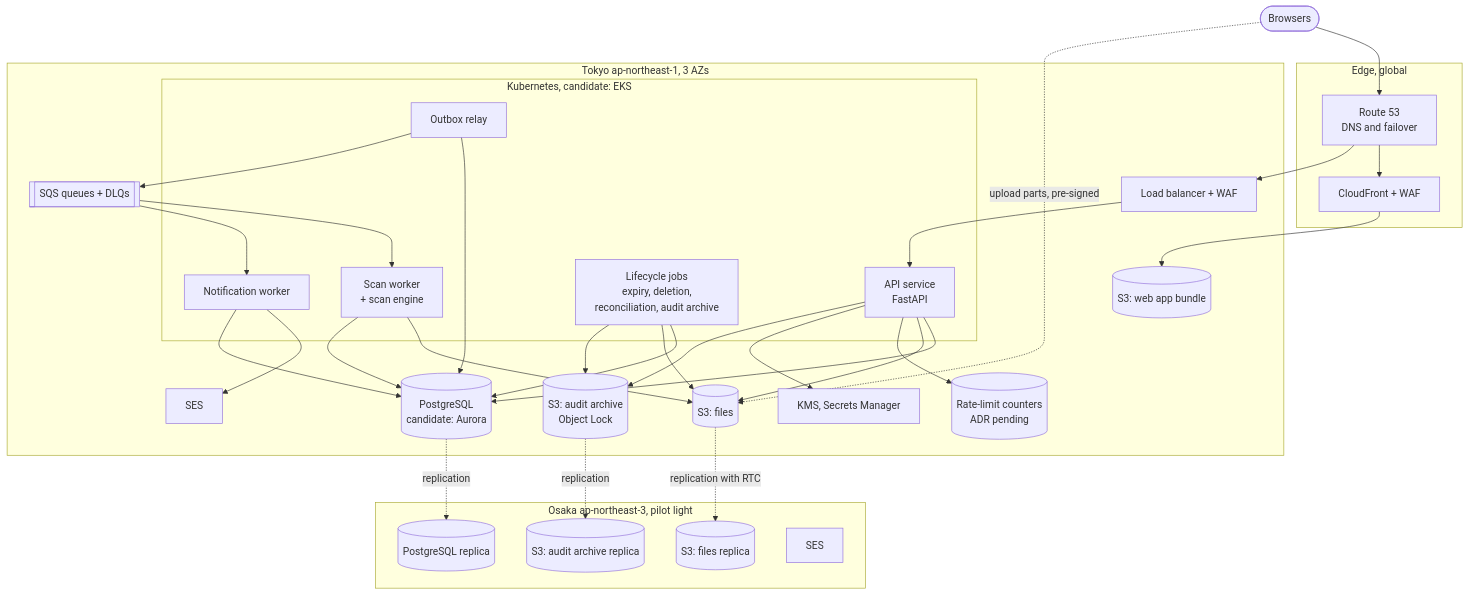
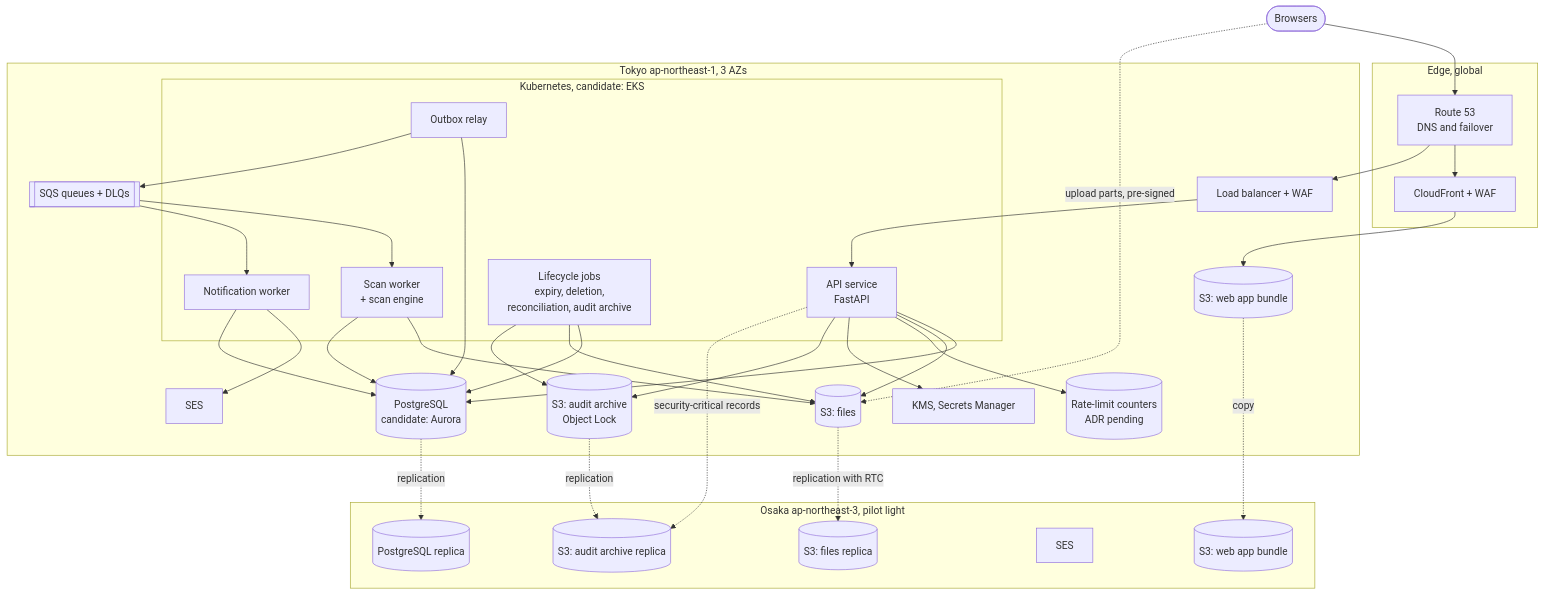
One commit to codewithmuh/secure-file-transfer changed the second of 8 diagrams in docs/architecture.md. Above: the diagram before and after it, drawn with Mermaid. The commit also changed other lines of this file, not shown here.

First line of the commit message:
docs: address code review on the architecture (#12)

````diff
--- a/docs/architecture.md
+++ b/docs/architecture.md
@@ -40,57 +40,60 @@
 ```mermaid
 flowchart TB
     browser(["Browsers"])
     subgraph edge["Edge, global"]
         r53["Route 53<br/>DNS and failover"]
         cf["CloudFront + WAF"]
     end
     subgraph tokyo["Tokyo ap-northeast-1, 3 AZs"]
         alb["Load balancer + WAF"]
         subgraph k8s["Kubernetes, candidate: EKS"]
             api["API service<br/>FastAPI"]
             relay["Outbox relay"]
             scan["Scan worker<br/>+ scan engine"]
             notify["Notification worker"]
             jobs["Lifecycle jobs<br/>expiry, deletion,<br/>reconciliation, audit archive"]
         end
         db[("PostgreSQL<br/>candidate: Aurora")]
         files[("S3: files")]
         audit[("S3: audit archive<br/>Object Lock")]
         web[("S3: web app bundle")]
         sqs[["SQS queues + DLQs"]]
         rl[("Rate-limit counters<br/>ADR pending")]
         ses["SES"]
         kms["KMS, Secrets Manager"]
     end
     subgraph osaka["Osaka ap-northeast-3, pilot light"]
         db2[("PostgreSQL replica")]
         files2[("S3: files replica")]
         audit2[("S3: audit archive replica")]
         ses2["SES"]
+        web2[("S3: web app bundle")]
     end
     browser --> r53
     r53 --> cf
     cf --> web
     r53 --> alb
     alb --> api
     browser -. "upload parts, pre-signed" .-> files
     api --> db
     api --> files
     api --> rl
     api --> kms
     api --> audit
     relay --> db
     relay --> sqs
     sqs --> scan
     sqs --> notify
     scan --> files
     scan --> db
     notify --> ses
     notify --> db
     jobs --> db
     jobs --> files
     jobs --> audit
     db -. "replication" .-> db2
     files -. "replication with RTC" .-> files2
     audit -. "replication" .-> audit2
+    api -. "security-critical records" .-> audit2
+    web -. "copy" .-> web2
 ```
````
